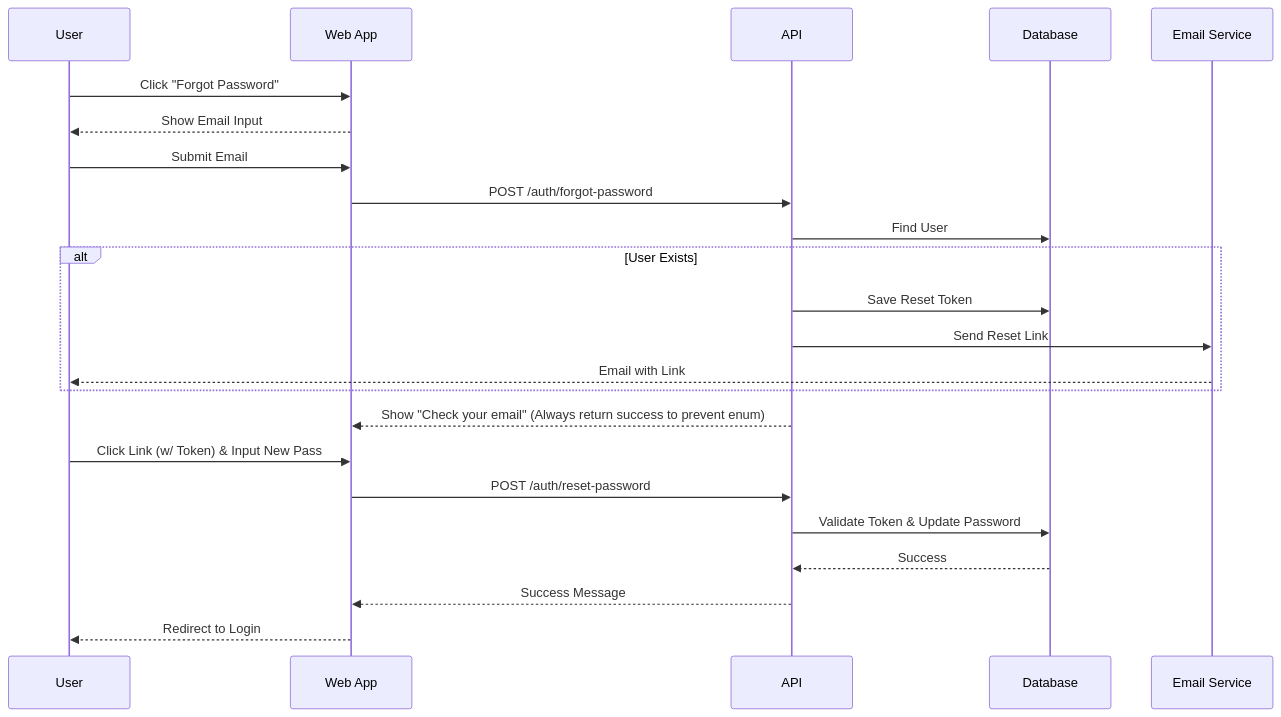
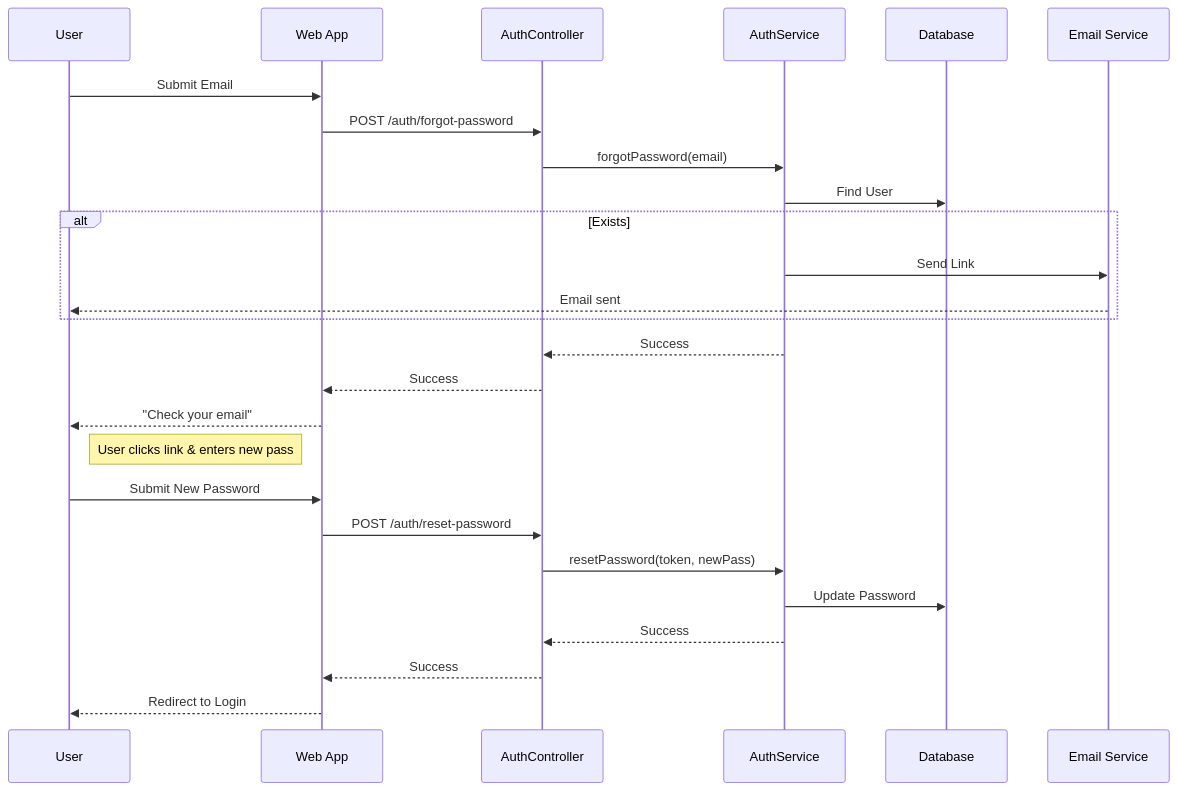
The third of 5 diagrams in DOC-TTCS/authentication_docs.md (duong4444/agribot-dev), drawn with Mermaid before and after one commit. The commit also changed other lines of this file and 7 other files, not shown here.

````diff
--- a/DOC-TTCS/authentication_docs.md
+++ b/DOC-TTCS/authentication_docs.md
@@ -137,27 +142,30 @@
 ```mermaid
 sequenceDiagram
     participant U as User
     participant FE as Web App
-    participant BE as API
+    participant CTL as AuthController
+    participant SVC as AuthService
     participant DB as Database
     participant M as Email Service
 
-    U->>FE: Click "Forgot Password"
-    FE-->>U: Show Email Input
     U->>FE: Submit Email
-    FE->>BE: POST /auth/forgot-password
-    BE->>DB: Find User
-    alt User Exists
-        BE->>DB: Save Reset Token
-        BE->>M: Send Reset Link
-        M-->>U: Email with Link
+    FE->>CTL: POST /auth/forgot-password
+    CTL->>SVC: forgotPassword(email)
+    SVC->>DB: Find User
+    alt Exists
+        SVC->>M: Send Link
+        M-->>U: Email sent
     end
-    BE-->>FE: Show "Check your email" (Always return success to prevent enum)
+    SVC-->>CTL: Success
+    CTL-->>FE: Success
+    FE-->>U: "Check your email"
     
-    U->>FE: Click Link (w/ Token) & Input New Pass
-    FE->>BE: POST /auth/reset-password
-    BE->>DB: Validate Token & Update Password
-    DB-->>BE: Success
-    BE-->>FE: Success Message
+    note right of U: User clicks link & enters new pass
+    U->>FE: Submit New Password
+    FE->>CTL: POST /auth/reset-password
+    CTL->>SVC: resetPassword(token, newPass)
+    SVC->>DB: Update Password
+    SVC-->>CTL: Success
+    CTL-->>FE: Success
     FE-->>U: Redirect to Login
 ```
````
